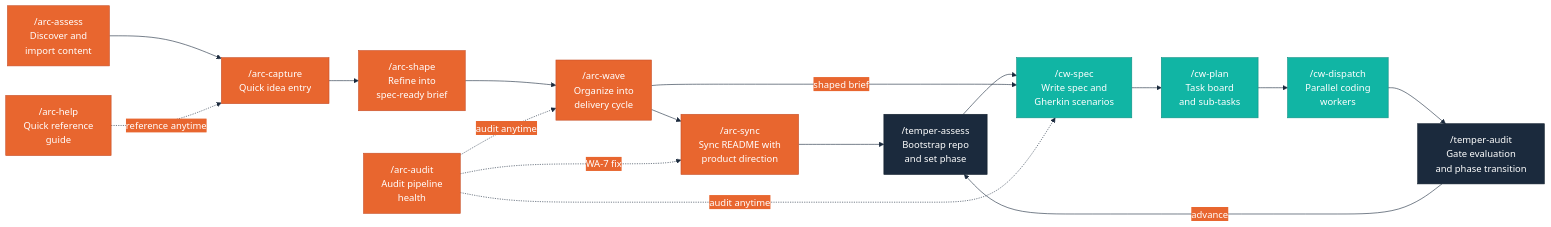
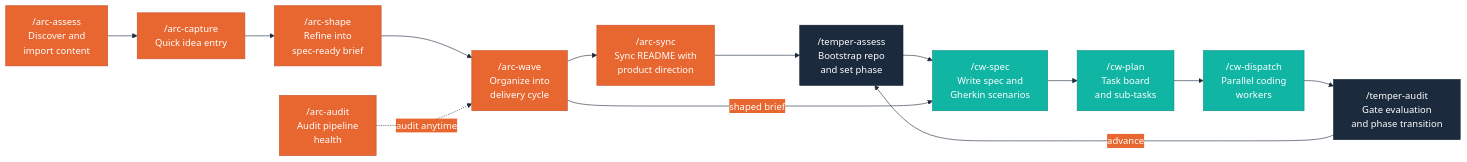
One commit to ronjanusz-liatrio/arc changed the second of 3 diagrams in README.md. Above: the diagram before and after it, drawn with Mermaid. The commit also changed other lines of this file and 7 other files, not shown here.

````diff
--- a/README.md
+++ b/README.md
@@ -51,32 +104,28 @@
 ```mermaid
 %%{init: {'theme': 'base', 'themeVariables': {'primaryColor': '#11B5A4', 'primaryTextColor': '#FFFFFF', 'primaryBorderColor': '#0D8F82', 'secondaryColor': '#E8662F', 'secondaryTextColor': '#FFFFFF', 'secondaryBorderColor': '#C7502A', 'tertiaryColor': '#1B2A3D', 'tertiaryTextColor': '#FFFFFF', 'lineColor': '#1B2A3D', 'fontFamily': 'Inter, sans-serif'}}}%%
 flowchart LR
     AA["/arc-assess\nDiscover and\nimport content"]:::arc
     AC["/arc-capture\nQuick idea entry"]:::arc
     AS["/arc-shape\nRefine into\nspec-ready brief"]:::arc
     AW["/arc-wave\nOrganize into\ndelivery cycle"]:::arc
     AREADME["/arc-sync\nSync README with\nproduct direction"]:::arc
     AR["/arc-audit\nAudit pipeline\nhealth"]:::arc
-    AH["/arc-help\nQuick reference\nguide"]:::arc
 
     CS["/cw-spec\nWrite spec and\nGherkin scenarios"]:::cw
     CP["/cw-plan\nTask board\nand sub-tasks"]:::cw
     CD["/cw-dispatch\nParallel coding\nworkers"]:::cw
 
     TI["/temper-assess\nBootstrap repo\nand set phase"]:::temper
     TP["/temper-audit\nGate evaluation\nand phase transition"]:::temper
 
     AA --> AC
     AC --> AS --> AW --> AREADME --> TI
     TI --> CS --> CP --> CD --> TP
     TP -->|"advance"| TI
     AW -->|"shaped brief"| CS
     AR -. "audit anytime" .-> AW
-    AR -. "audit anytime" .-> CS
-    AR -. "WA-7 fix" .-> AREADME
-    AH -. "reference anytime" .-> AC
 
     classDef arc fill:#E8662F,stroke:#C7502A,color:#FFFFFF
     classDef cw fill:#11B5A4,stroke:#0D8F82,color:#FFFFFF
     classDef temper fill:#1B2A3D,stroke:#0F1D2B,color:#FFFFFF
 ```
````
